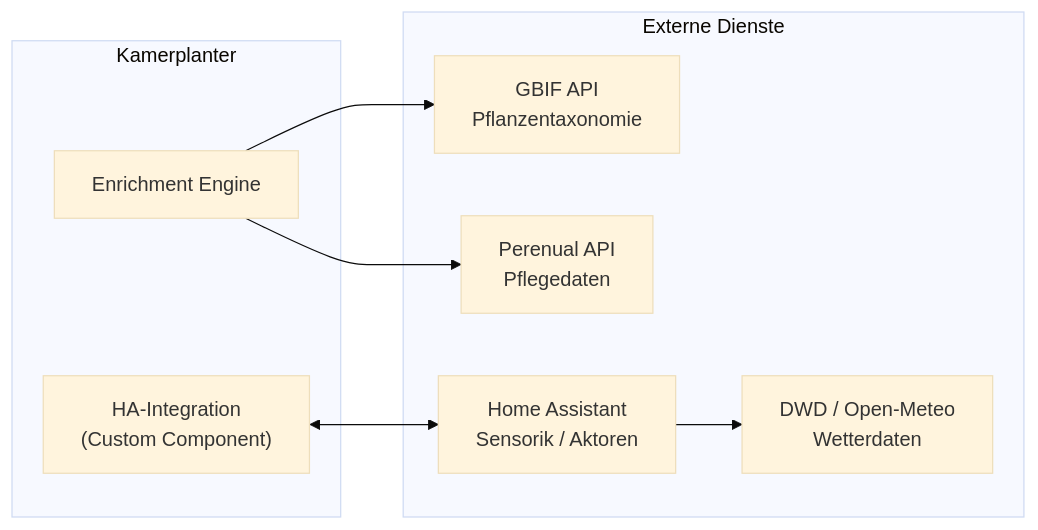
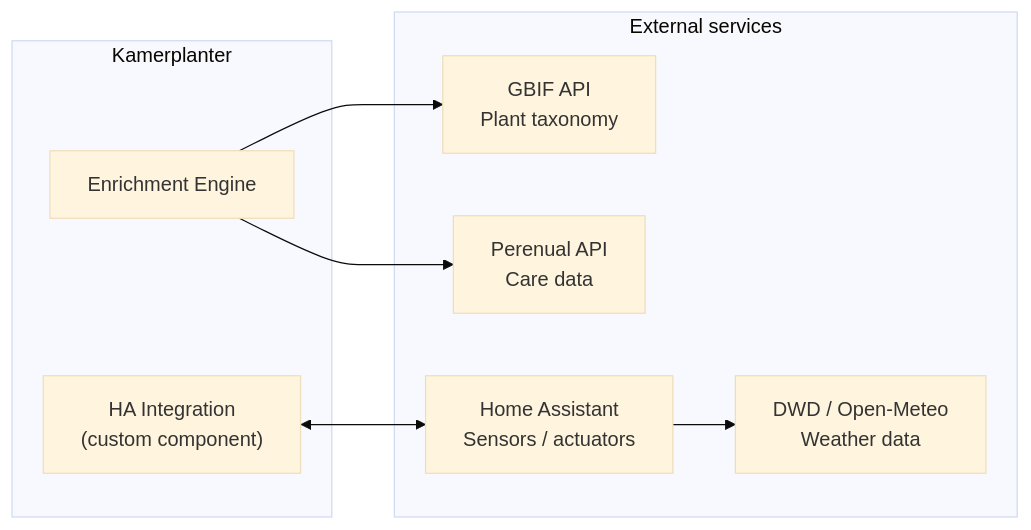
The second of 2 diagrams in docs/de/architecture/overview.md (nolte/kamerplanter), drawn with Mermaid (base theme) before and after one commit. The commit also changed other lines of this file and 2 other files, not shown here.

First line of the commit message:
docs(architecture): fix overview.md diagrams + add diagram to EN index

````diff
--- a/docs/de/architecture/overview.md
+++ b/docs/de/architecture/overview.md
@@ -96,19 +98,19 @@
 ```mermaid
-graph LR
+flowchart LR
     subgraph "Kamerplanter"
         ENR["Enrichment Engine"]
-        HA["HA-Integration\n(Custom Component)"]
+        HA["HA Integration<br/>(custom component)"]
     end
 
-    subgraph "Externe Dienste"
-        GBIF["GBIF API\nPflanzentaxonomie"]
-        PER["Perenual API\nPflegedaten"]
-        HASS["Home Assistant\nSensorik / Aktoren"]
-        DWD["DWD / Open-Meteo\nWetterdaten"]
+    subgraph "External services"
+        GBIF["GBIF API<br/>Plant taxonomy"]
+        PER["Perenual API<br/>Care data"]
+        HASS["Home Assistant<br/>Sensors / actuators"]
+        DWD["DWD / Open-Meteo<br/>Weather data"]
     end
 
     ENR --> GBIF
     ENR --> PER
     HA <--> HASS
     HASS --> DWD
 ```
````
